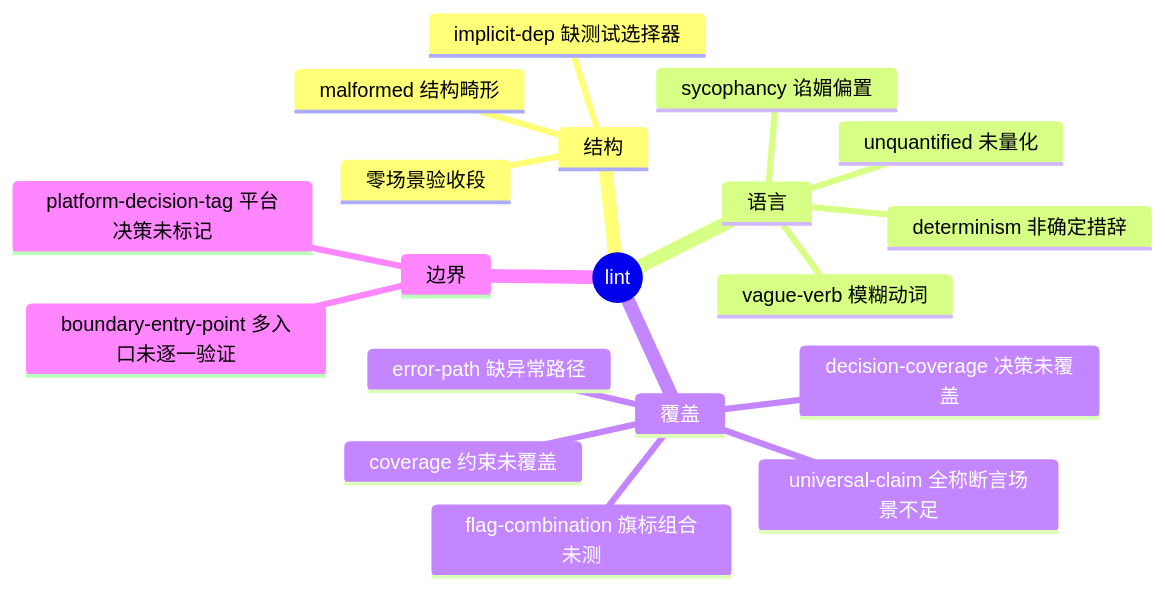
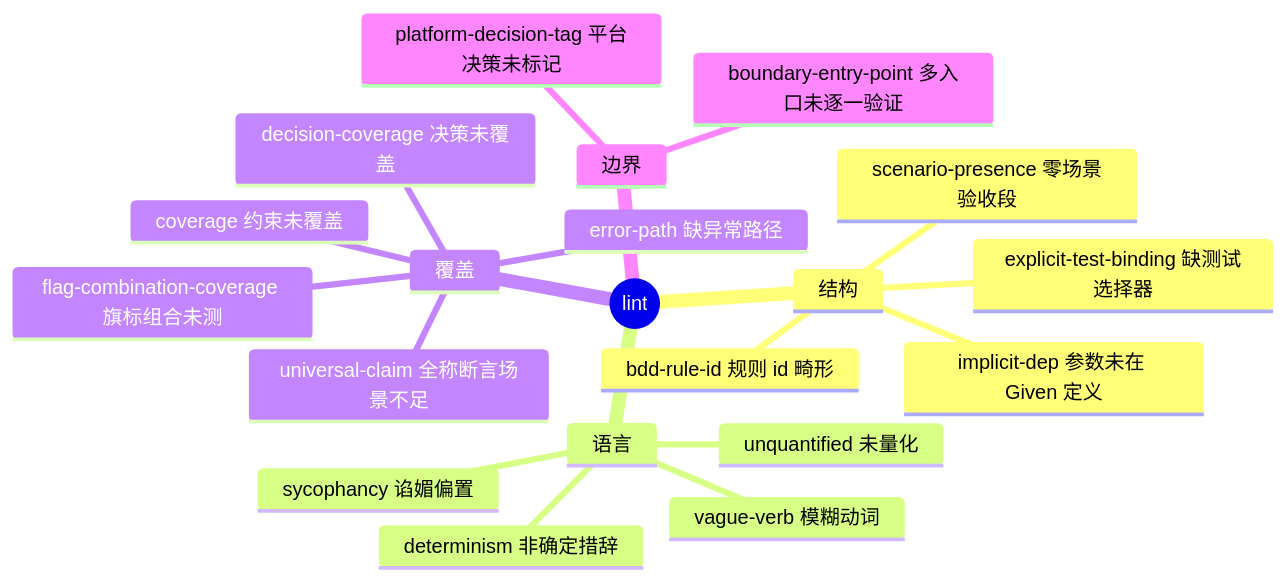
Before and after one commit to ZhangHanDong/agent-spec: the diagram in book/src/ch06-lint.md, drawn with Mermaid. The commit also changed 46 other files, not shown here.

````diff
--- a/book/src/ch06-lint.md
+++ b/book/src/ch06-lint.md
@@ -24,22 +24,23 @@
 ```mermaid
 mindmap
   root((lint))
     结构
-      malformed 结构畸形
-      零场景验收段
-      implicit-dep 缺测试选择器
+      bdd-rule-id 规则 id 畸形
+      scenario-presence 零场景验收段
+      explicit-test-binding 缺测试选择器
+      implicit-dep 参数未在 Given 定义
     语言
       vague-verb 模糊动词
       unquantified 未量化
       determinism 非确定措辞
       sycophancy 谄媚偏置
     覆盖
       coverage 约束未覆盖
       decision-coverage 决策未覆盖
       error-path 缺异常路径
       universal-claim 全称断言场景不足
-      flag-combination 旗标组合未测
+      flag-combination-coverage 旗标组合未测
     边界
       boundary-entry-point 多入口未逐一验证
       platform-decision-tag 平台决策未标记
 ```
````
